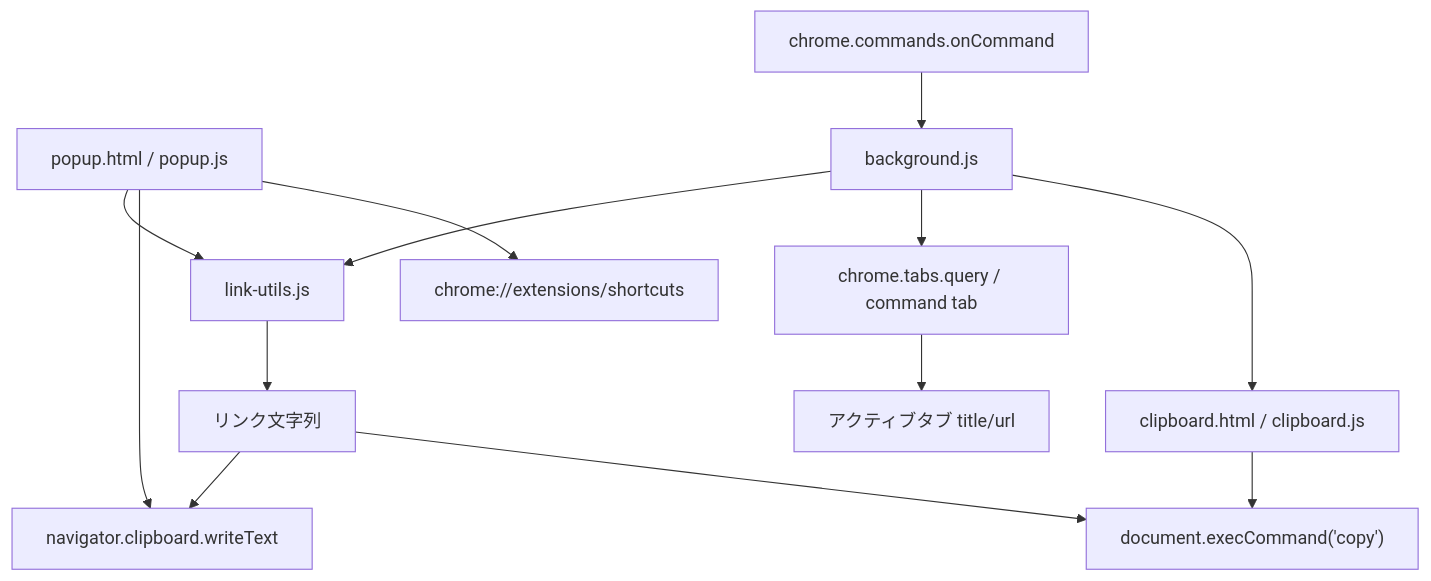
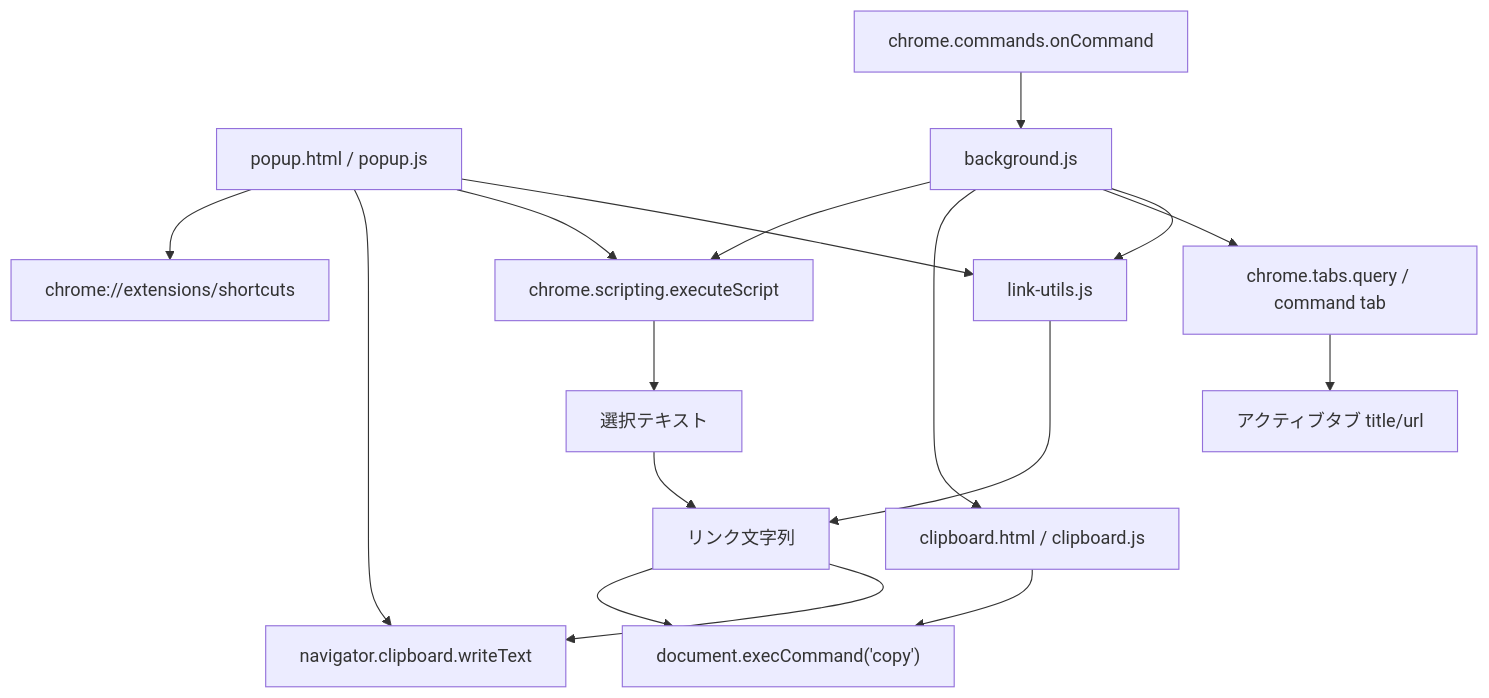
Before and after one commit to htakeuchi/chrome-extension: the diagram in markdown_link_copier/DESIGN.md, drawn with Mermaid. The commit also changed other lines of this file and 4 other files, not shown here.

````diff
--- a/markdown_link_copier/DESIGN.md
+++ b/markdown_link_copier/DESIGN.md
@@ -54,17 +55,21 @@
 ```mermaid
 flowchart TD
   Popup["popup.html / popup.js"] --> Utils["link-utils.js"]
+  Popup --> Scripting["chrome.scripting.executeScript"]
   Popup --> PopupClipboard["navigator.clipboard.writeText"]
   Popup --> ShortcutSettings["chrome://extensions/shortcuts"]
 
   Command["chrome.commands.onCommand"] --> Background["background.js"]
   Background --> Utils
   Background --> TabsAPI["chrome.tabs.query / command tab"]
   Background --> Offscreen["clipboard.html / clipboard.js"]
   Offscreen --> OffscreenClipboard["document.execCommand('copy')"]
 
+  Background --> Scripting
   TabsAPI --> ActiveTab["アクティブタブ title/url"]
+  Scripting --> Selection["選択テキスト"]
   Utils --> LinkText["リンク文字列"]
+  Selection --> LinkText
   LinkText --> PopupClipboard
   LinkText --> OffscreenClipboard
 ```
````
